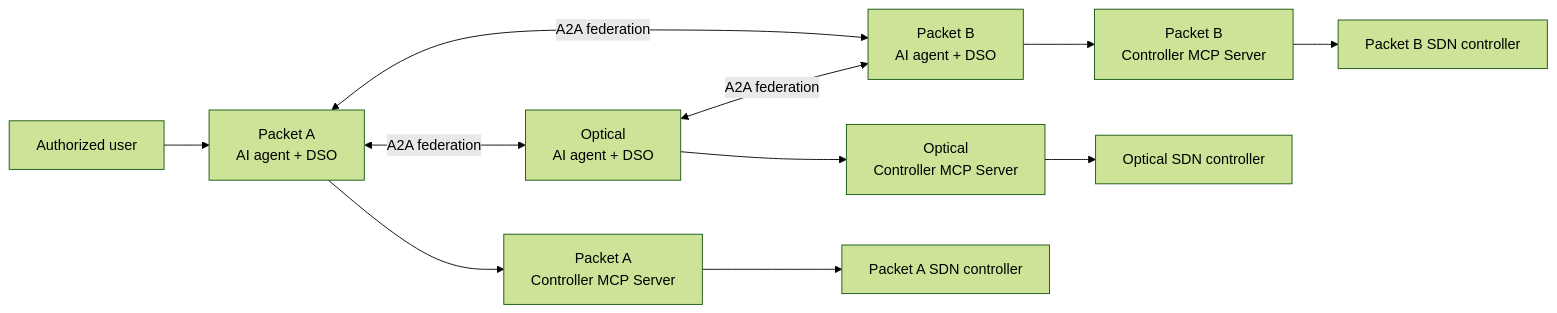
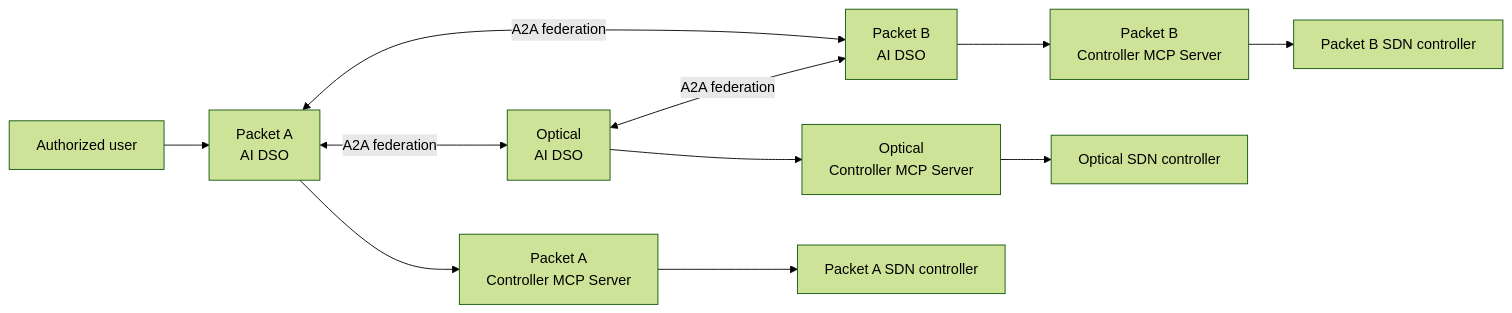
Before and after one commit to allenabishekGithub/inter-domain-automatedNetworking: the first of 8 diagrams in docs/system-overview.md, drawn with Mermaid (forest theme). The commit also changed other lines of this file and 4 other files, not shown here.

Commit message:
ai agent and DSO combined as one entity

````diff
--- a/docs/system-overview.md
+++ b/docs/system-overview.md
@@ -15,15 +15,15 @@
 ```mermaid
 flowchart LR
-    U[Authorized user] --> PA[Packet A\nAI agent + DSO]
-    PA <-->|A2A federation| O[Optical\nAI agent + DSO]
-    O <-->|A2A federation| PB[Packet B\nAI agent + DSO]
+    U[Authorized user] --> PA[Packet A\nAI DSO]
+    PA <-->|A2A federation| O[Optical\nAI DSO]
+    O <-->|A2A federation| PB[Packet B\nAI DSO]
     PA <-->|A2A federation| PB
 
     PA --> PM[Packet A\nController MCP Server]
     O --> OM[Optical\nController MCP Server]
     PB --> BM[Packet B\nController MCP Server]
 
     PM --> PC[Packet A SDN controller]
     OM --> OC[Optical SDN controller]
     BM --> BC[Packet B SDN controller]
 ```
````
